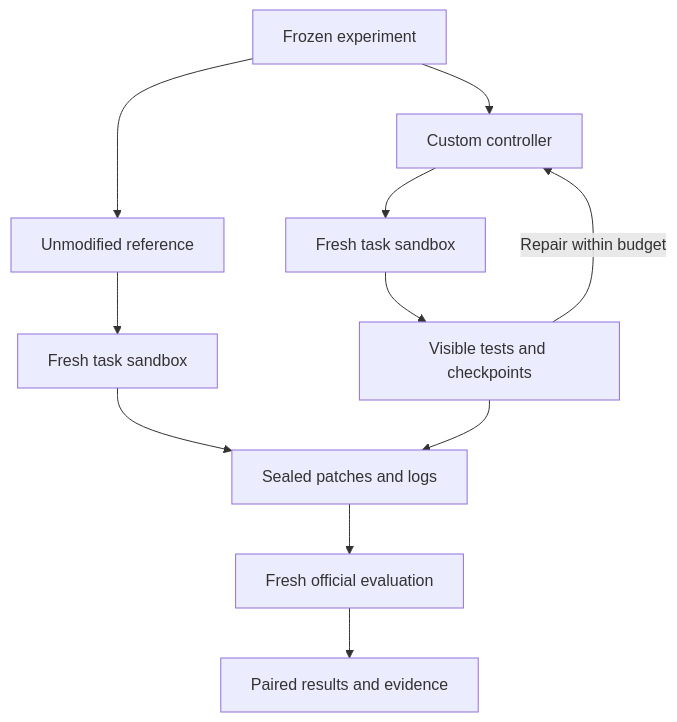
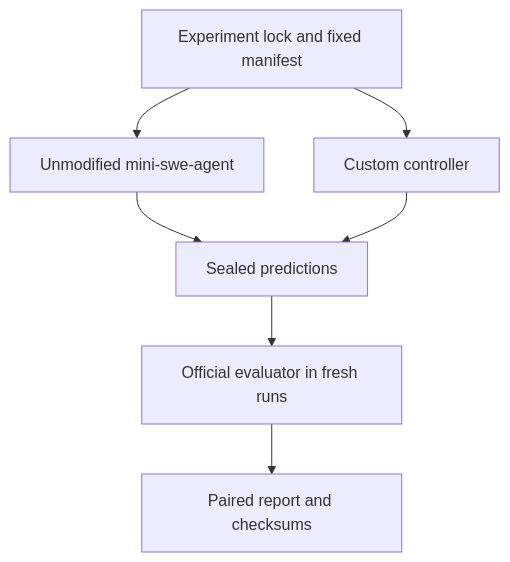
Before and after one commit to itanium-g/smartm2m-swe-agent: the diagram in DESIGN.md, drawn with Mermaid. The commit also changed other lines of this file and 38 other files, not shown here.

Commit message:
Implement Track 3 SWE-agent harness

````diff
--- a/DESIGN.md
+++ b/DESIGN.md
@@ -11,13 +22,9 @@
-```mermaid
+~~~mermaid
 flowchart TD
-    LOCK["Frozen experiment"] --> BASE["Unmodified reference"]
-    LOCK --> CUSTOM["Custom controller"]
-    BASE --> BENV["Fresh task sandbox"]
-    CUSTOM --> CENV["Fresh task sandbox"]
-    CENV --> CHECK["Visible tests and checkpoints"]
-    CHECK -->|Repair within budget| CUSTOM
-    BENV --> SEAL["Sealed patches and logs"]
-    CHECK --> SEAL
-    SEAL --> EVAL["Fresh official evaluation"]
-    EVAL --> REPORT["Paired results and evidence"]
-```
+    LOCK[Experiment lock and fixed manifest] --> BASE[Unmodified mini-swe-agent]
+    LOCK --> CUSTOM[Custom controller]
+    BASE --> SEALED[Sealed predictions]
+    CUSTOM --> SEALED
+    SEALED --> EVAL[Official evaluator in fresh runs]
+    EVAL --> REPORT[Paired report and checksums]
+~~~
````
